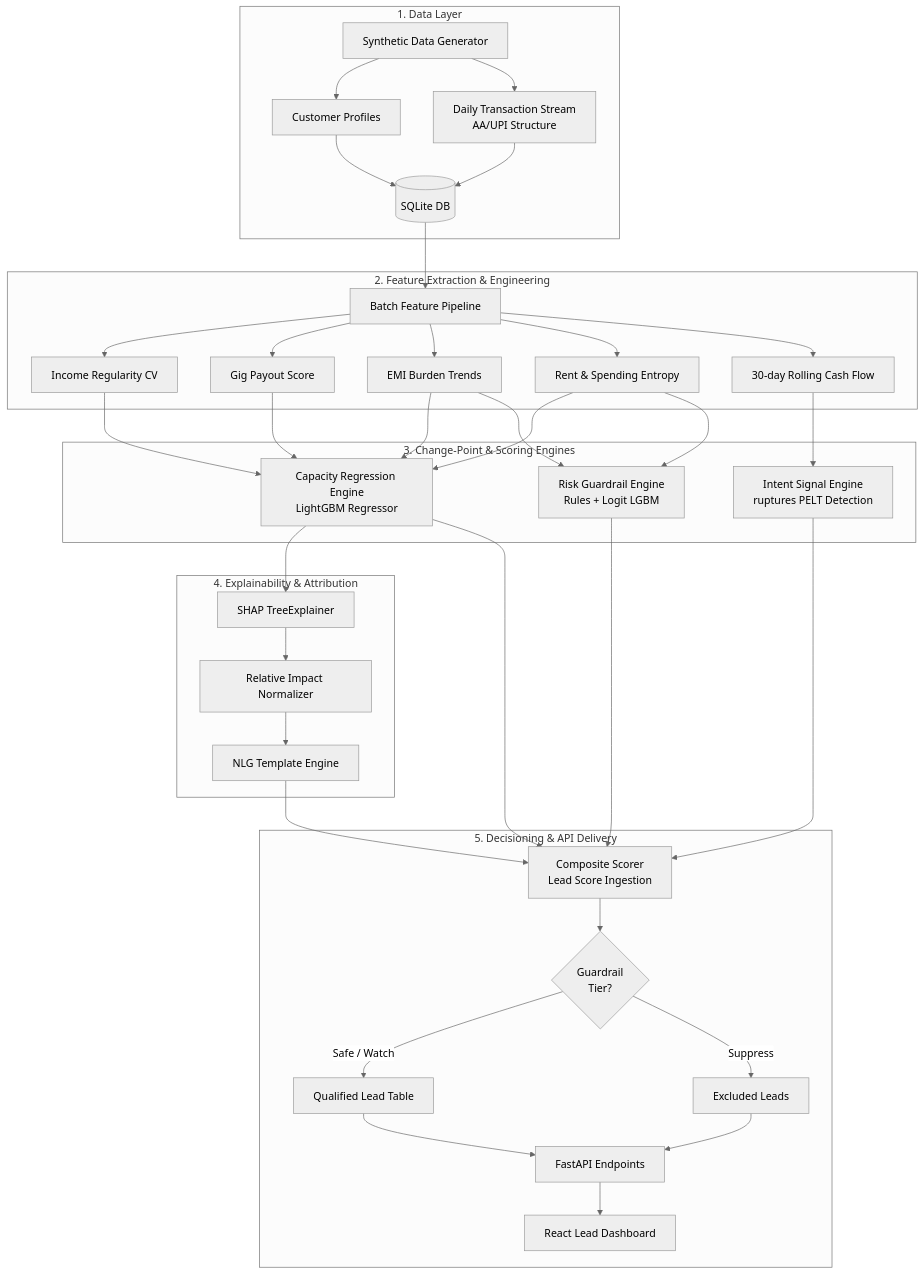
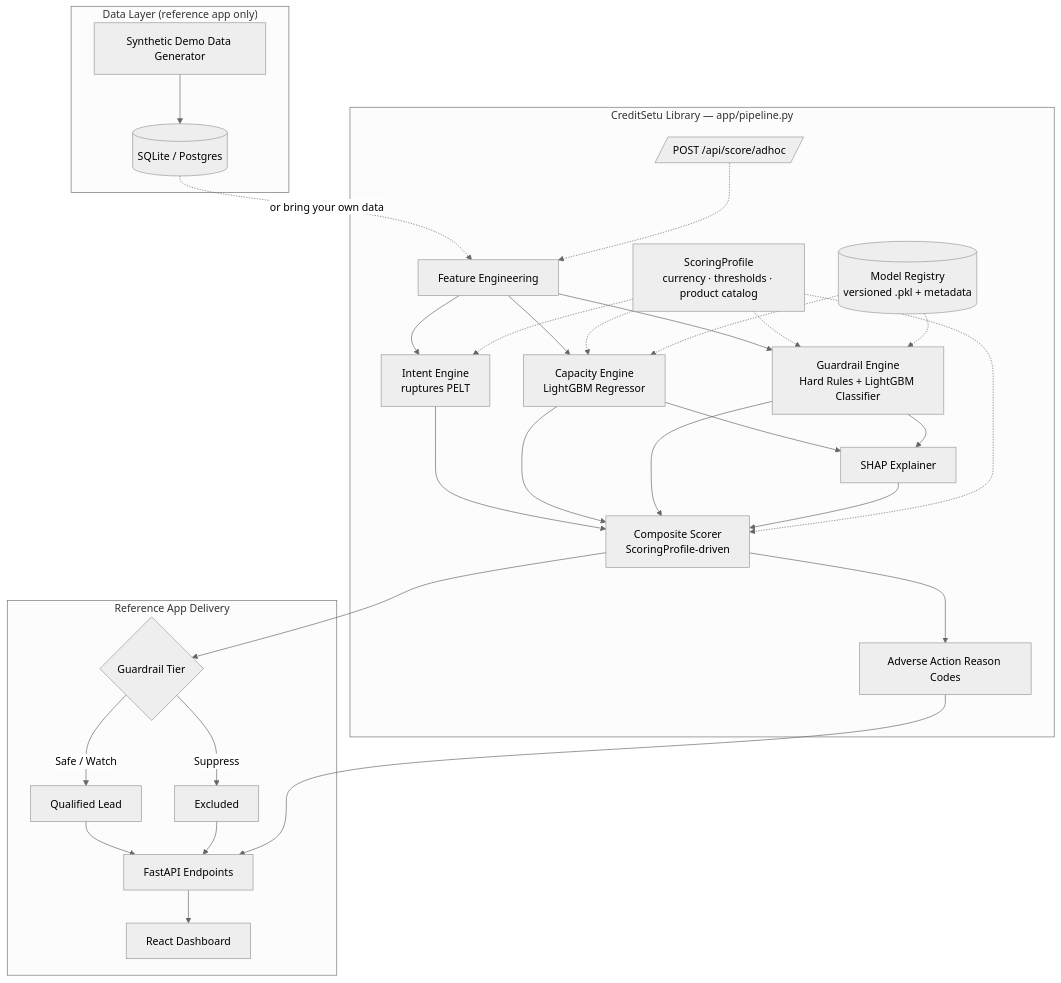
The first of 2 diagrams in README.md (adarshcod30/CreditSetu), drawn with Mermaid (neutral theme) before and after one commit. The commit also changed other lines of this file and 49 other files, not shown here.

First line of the commit message:
Rework CreditSetu into a general-purpose, embeddable credit intelligence engine

````diff
--- a/README.md
+++ b/README.md
@@ -55,40 +92,33 @@
 ```mermaid
 graph TB
-    subgraph "1. Data Layer"
-        A[Synthetic Data Generator] --> B[Customer Profiles]
-        A --> C[Daily Transaction Stream<br/>AA/UPI Structure]
-        B --> D[(SQLite DB)]
-        C --> D
+    subgraph "Data Layer (reference app only)"
+        A[Synthetic Demo Data Generator] --> D[(SQLite / Postgres)]
     end
 
-    subgraph "2. Feature Extraction & Engineering"
-        D --> E[Batch Feature Pipeline]
-        E --> F[Income Regularity CV]
-        E --> G[Gig Payout Score]
-        E --> H[EMI Burden Trends]
-        E --> I[Rent & Spending Entropy]
-        E --> J[30-day Rolling Cash Flow]
+    subgraph "CreditSetu Library — app/pipeline.py"
+        D -.->|or bring your own data| F[Feature Engineering]
+        API_ADHOC[/POST /api/score/adhoc/] -.-> F
+        F --> K[Intent Engine<br/>ruptures PELT]
+        F --> L[Capacity Engine<br/>LightGBM Regressor]
+        F --> M[Guardrail Engine<br/>Hard Rules + LightGBM Classifier]
+        K & L & M --> Q[Composite Scorer<br/>ScoringProfile-driven]
+        L & M --> N[SHAP Explainer]
+        N --> Q
+        Q --> ADV[Adverse Action Reason Codes]
+        PROFILE[ScoringProfile<br/>currency · thresholds · product catalog] -.-> K
+        PROFILE -.-> L
+        PROFILE -.-> M
+        PROFILE -.-> Q
+        REG[(Model Registry<br/>versioned .pkl + metadata)] -.-> L
+        REG -.-> M
     end
 
-    subgraph "3. Change-Point & Scoring Engines"
-        J --> K[Intent Signal Engine<br/>ruptures PELT Detection]
-        F & G & H & I --> L[Capacity Regression Engine<br/>LightGBM Regressor]
-        H & I --> M[Risk Guardrail Engine<br/>Rules + Logit LGBM]
-    end
-
-    subgraph "4. Explainability & Attribution"
-        L --> N[SHAP TreeExplainer]
-        N --> O[Relative Impact Normalizer]
-        O --> P[NLG Template Engine]
-    end
-
-    subgraph "5. Decisioning & API Delivery"
-        K & L & M --> Q[Composite Scorer<br/>Lead Score Ingestion]
-        P --> Q
-        Q --> R{Guardrail<br/>Tier?}
-        R -->|Safe / Watch| S[Qualified Lead Table]
-        R -->|Suppress| T[Excluded Leads]
+    subgraph "Reference App Delivery"
+        Q --> R{Guardrail Tier}
+        R -->|Safe / Watch| S[Qualified Lead]
+        R -->|Suppress| T[Excluded]
         S & T --> U[FastAPI Endpoints]
-        U --> V[React Lead Dashboard]
+        ADV --> U
+        U --> V[React Dashboard]
     end
 ```
````
